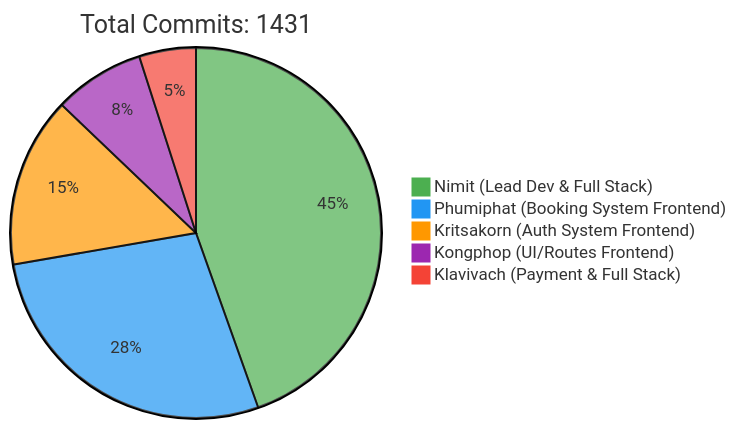
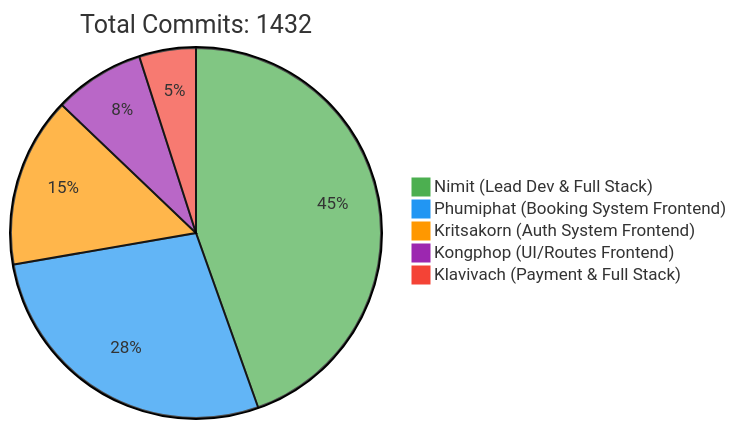
Before and after one commit to 6531503042/Sport-Complex: the first of 2 diagrams in README.md, drawn with Mermaid. The commit also changed other lines of this file, not shown here.

Commit message:
docs: Update contributor statistics [skip ci]

````diff
--- a/README.md
+++ b/README.md
@@ -257,10 +257,10 @@
 ```mermaid
 %%{init: {'theme': 'base', 'themeVariables': { 'pie1': '#4CAF50', 'pie2': '#2196F3', 'pie3': '#FF9800', 'pie4': '#9C27B0', 'pie5': '#F44336'}}}%%
 pie
-    title Total Commits: 1431
+    title Total Commits: 1432
     "Nimit (Lead Dev & Full Stack)" : 450
     "Phumiphat (Booking System Frontend)" : 280
     "Kritsakorn (Auth System Frontend)" : 150
     "Kongphop (UI/Routes Frontend)" : 80
     "Klavivach (Payment & Full Stack)" : 50
 ```
````
